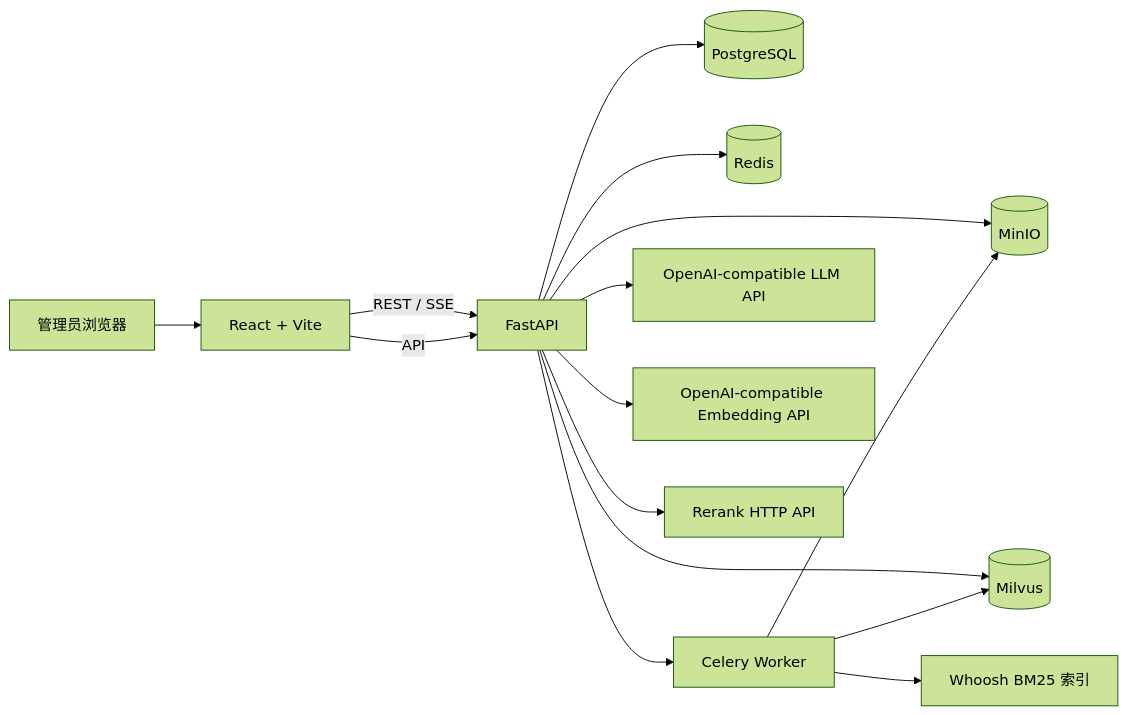
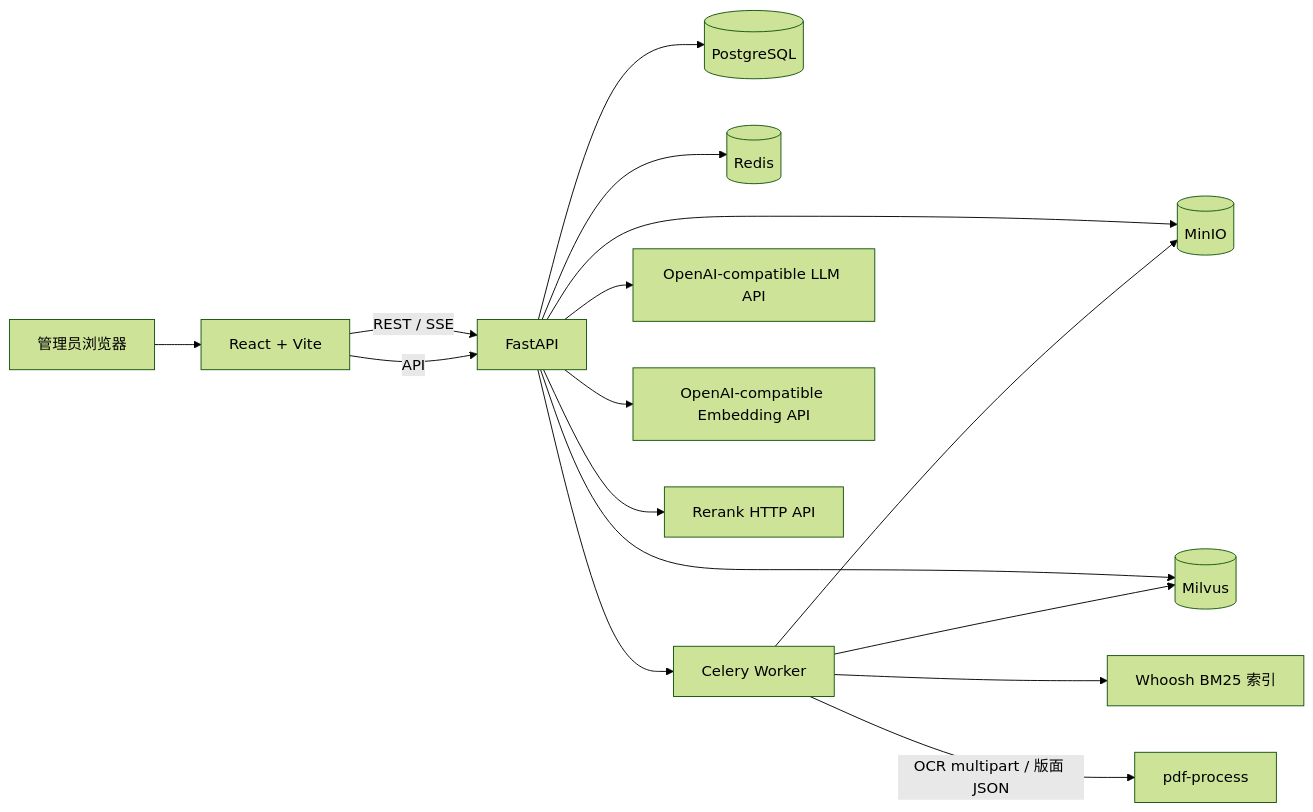
The diagram in README.md (WiSiW/AI-RAG), drawn with Mermaid (forest theme) before and after one commit. The commit also changed other lines of this file and 46 other files, not shown here.

Commit message:
PDF Process 服务

````diff
--- a/README.md
+++ b/README.md
@@ -45,17 +46,18 @@
 ```mermaid
 flowchart LR
     U[管理员浏览器] --> W[React + Vite]
     W -->|REST / SSE| A[FastAPI]
     A --> P[(PostgreSQL)]
     A --> R[(Redis)]
     A --> M[(MinIO)]
     A --> V[(Milvus)]
     W -->|API| A
     A --> Q[Celery Worker]
     Q --> M
     Q --> V
     Q --> B[Whoosh BM25 索引]
+    Q -->|OCR multipart / 版面 JSON| X[pdf-process]
     A --> L[OpenAI-compatible LLM API]
     A --> E[OpenAI-compatible Embedding API]
     A --> K[Rerank HTTP API]
 ```
````
